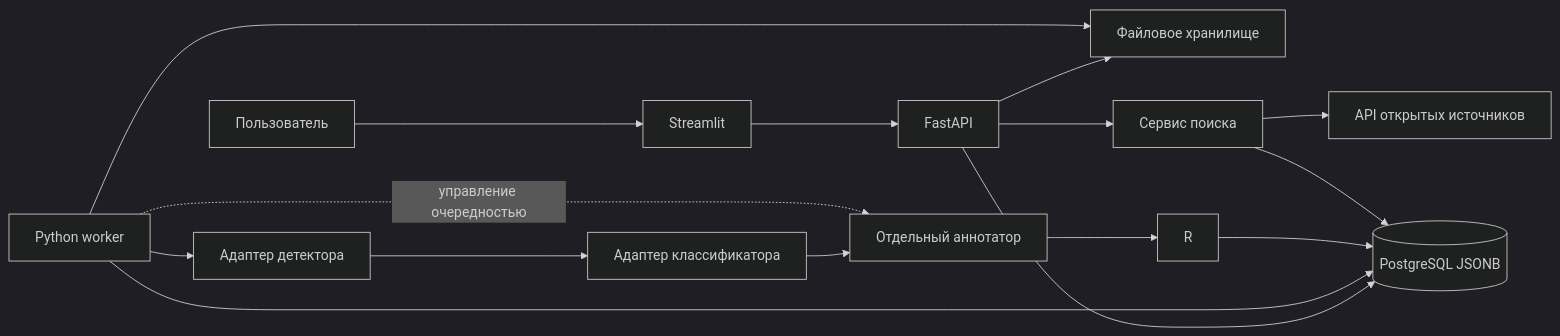
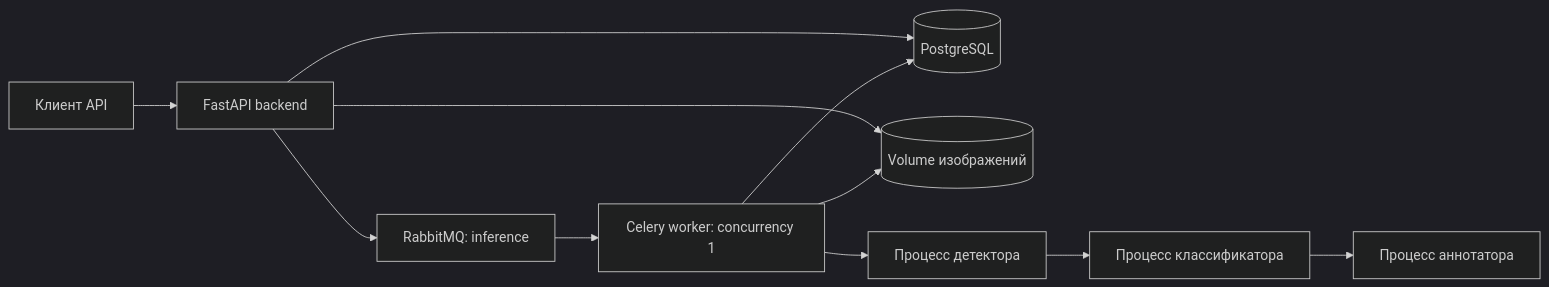
The diagram in PROJECT_PLAN.md (mishanikin055/kurs4), drawn with Mermaid (dark theme) before and after one commit. The commit also changed other lines of this file and 61 other files, not shown here.

Commit message:
Implement layered backend and sequential inference pipeline

````diff
--- a/PROJECT_PLAN.md
+++ b/PROJECT_PLAN.md
@@ -234,18 +32,13 @@
 ```mermaid
 flowchart LR
-    U[Пользователь] --> UI[Streamlit]
-    UI --> API[FastAPI]
-    API --> DB[(PostgreSQL JSONB)]
-    API --> FS[Файловое хранилище]
-    W[Python worker] --> DB
+    U[Клиент API] --> API[FastAPI backend]
+    API --> DB[(PostgreSQL)]
+    API --> MQ[RabbitMQ: inference]
+    MQ --> W[Celery worker: concurrency 1]
+    API --> FS[(Volume изображений)]
     W --> FS
-    W --> D[Адаптер детектора]
-    D --> C[Адаптер классификатора]
-    C --> A[Отдельный аннотатор]
-    W -. управление очередностью .-> A
-    A --> R
-    R --> DB
-    API --> S[Сервис поиска]
-    S --> O[API открытых источников]
-    S --> DB
+    W --> DB
+    W --> D[Процесс детектора]
+    D --> C[Процесс классификатора]
+    C --> A[Процесс аннотатора]
 ```
````
